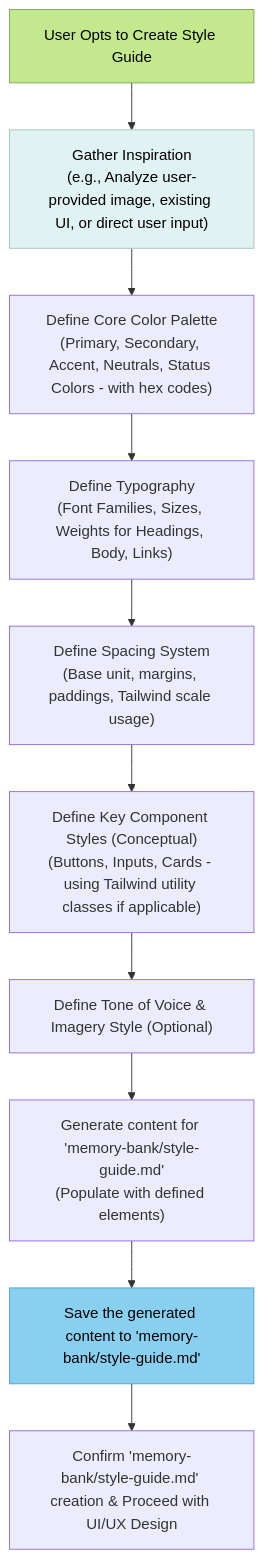
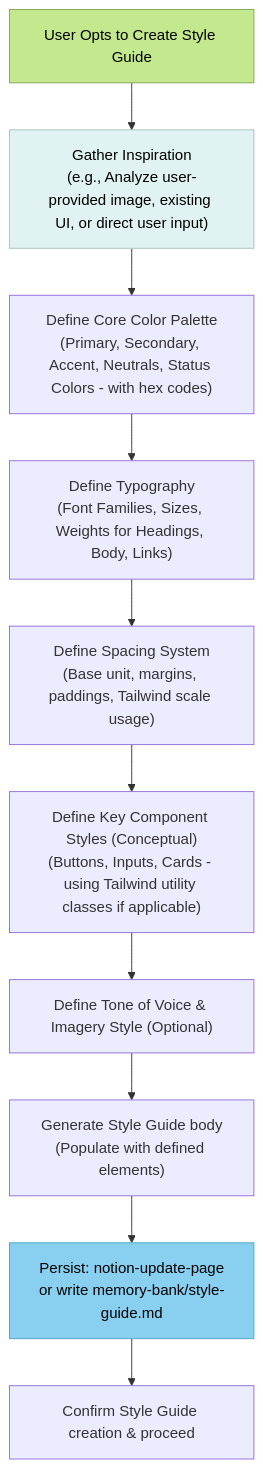
Before and after one commit to xianzhu21/cursor-memory-notion: the second of 3 diagrams in .cursor/rules/isolation_rules/Phases/CreativePhase/creative-phase-uiux.mdc, drawn with Mermaid. The commit also changed other lines of this file and 37 other files, not shown here.

First line of the commit message:
feat: align Memory Bank rules with file-based terminology

````diff
--- a/.cursor/rules/isolation_rules/Phases/CreativePhase/creative-phase-uiux.mdc
+++ b/.cursor/rules/isolation_rules/Phases/CreativePhase/creative-phase-uiux.mdc
@@ -118,16 +118,16 @@
 ```mermaid
 graph TD
     StartCreate["User Opts to Create Style Guide"] --> GatherInspiration["Gather Inspiration<br>(e.g., Analyze user-provided image, existing UI, or direct user input)"]
     GatherInspiration --> DefineColors["Define Core Color Palette<br>(Primary, Secondary, Accent, Neutrals, Status Colors - with hex codes)"]
     DefineColors --> DefineTypography["Define Typography<br>(Font Families, Sizes, Weights for Headings, Body, Links)"]
     DefineTypography --> DefineSpacing["Define Spacing System<br>(Base unit, margins, paddings, Tailwind scale usage)"]
     DefineSpacing --> DefineComponents["Define Key Component Styles (Conceptual)<br>(Buttons, Inputs, Cards - using Tailwind utility classes if applicable)"]
     DefineComponents --> DefineTone["Define Tone of Voice & Imagery Style (Optional)"]
-    DefineTone --> GenerateDoc["Generate content for 'memory-bank/style-guide.md'<br>(Populate with defined elements)"]
-    GenerateDoc --> SaveFile["Save the generated content to 'memory-bank/style-guide.md'"]
-    SaveFile --> Confirm["Confirm 'memory-bank/style-guide.md' creation & Proceed with UI/UX Design"]
+    DefineTone --> GenerateDoc["Generate Style Guide body<br>(Populate with defined elements)"]
+    GenerateDoc --> SaveFile["Persist: notion-update-page<br>or write memory-bank/style-guide.md"]
+    SaveFile --> Confirm["Confirm Style Guide creation & proceed"]
 
     style StartCreate fill:#c3e88d,stroke:#82a75c,color:black
     style GatherInspiration fill:#e0f2f1,stroke:#a7c4c0,color:black
     style SaveFile fill:#89cff0,stroke:#50a6c2,color:black
 ```
````
